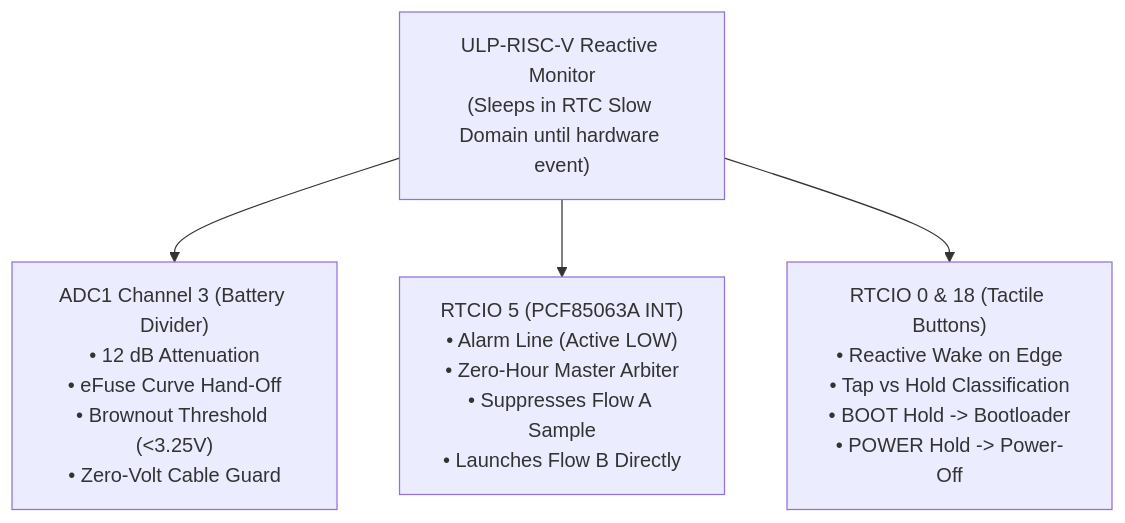
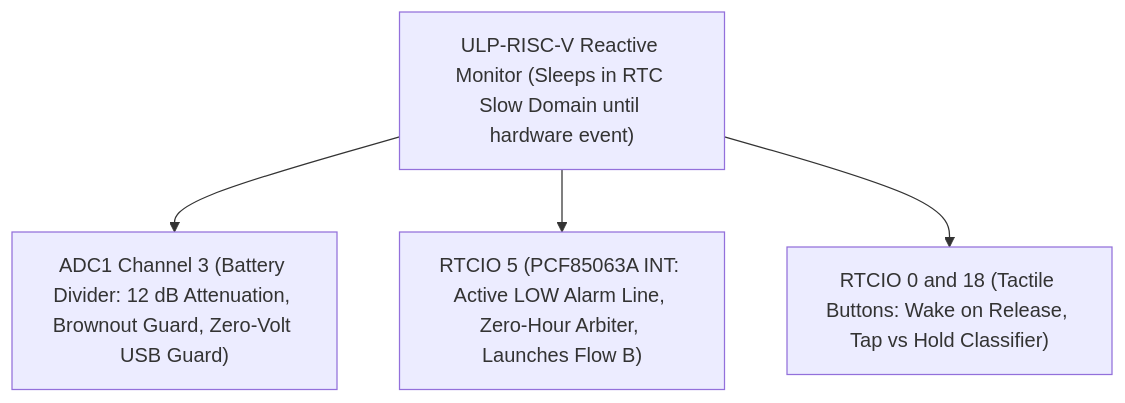
The diagram in docs/architecture/05_ulp.md (Humidyne-Labs/H1OS), drawn with Mermaid before and after one commit. The commit also changed 12 other files, not shown here.

Commit message:
docs: convert all Mermaid diagrams to canonical GitHub graph TD/LR syntax

````diff
--- a/docs/architecture/05_ulp.md
+++ b/docs/architecture/05_ulp.md
@@ -14,11 +14,10 @@
 ```mermaid
-flowchart TD
-    ULP["ULP-RISC-V Reactive Monitor<br/>(Sleeps in RTC Slow Domain until hardware event)"]
-    ADC["ADC1 Channel 3 (Battery Divider)<br/>• 12 dB Attenuation<br/>• eFuse Curve Hand-Off<br/>• Brownout Threshold (<3.25V)<br/>• Zero-Volt Cable Guard"]
-    RTC["RTCIO 5 (PCF85063A INT)<br/>• Alarm Line (Active LOW)<br/>• Zero-Hour Master Arbiter<br/>• Suppresses Flow A Sample<br/>• Launches Flow B Directly"]
-    BTN["RTCIO 0 & 18 (Tactile Buttons)<br/>• Reactive Wake on Edge<br/>• Tap vs Hold Classification<br/>• BOOT Hold -> Bootloader<br/>• POWER Hold -> Power-Off"]
-
-    ULP --> ADC
-    ULP --> RTC
-    ULP --> BTN
+graph TD;
+    ULP["ULP-RISC-V Reactive Monitor (Sleeps in RTC Slow Domain until hardware event)"];
+    ADC["ADC1 Channel 3 (Battery Divider: 12 dB Attenuation, Brownout Guard, Zero-Volt USB Guard)"];
+    RTC["RTCIO 5 (PCF85063A INT: Active LOW Alarm Line, Zero-Hour Arbiter, Launches Flow B)"];
+    BTN["RTCIO 0 and 18 (Tactile Buttons: Wake on Release, Tap vs Hold Classifier)"];
+    ULP-->ADC;
+    ULP-->RTC;
+    ULP-->BTN;
 ```
````
